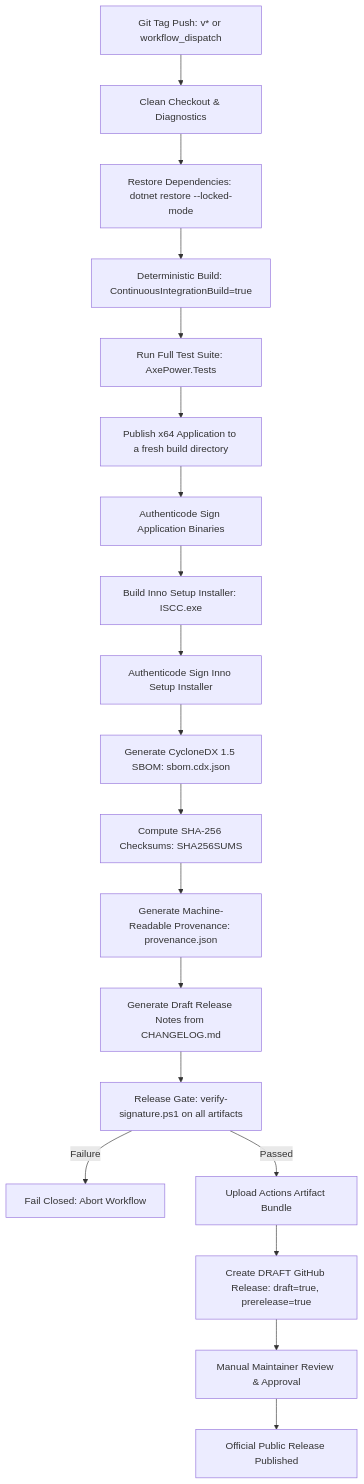
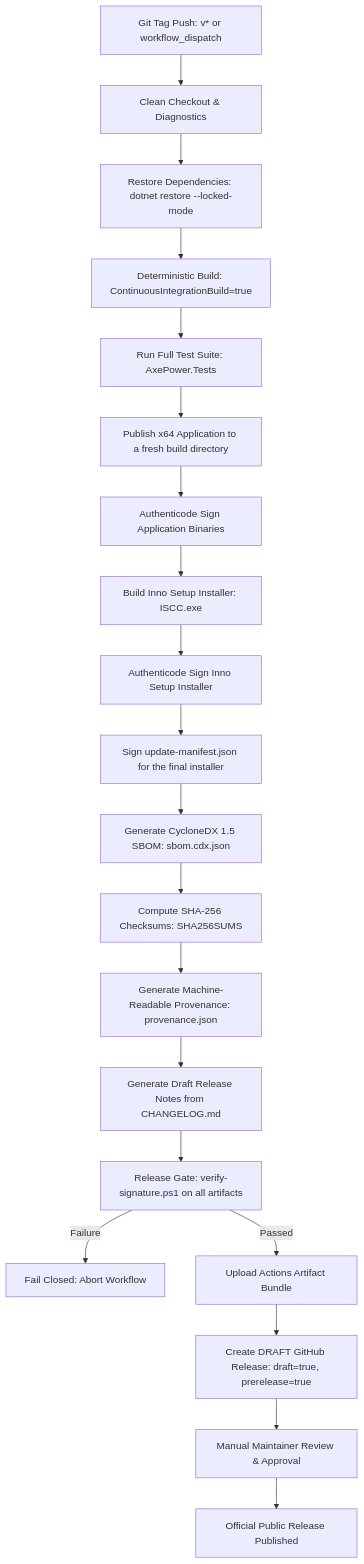
Before and after one commit to mrAbhimanyuVishwakarma/AxePower: the diagram in docs/engineering/RELEASE_PIPELINE.md, drawn with Mermaid. The commit also changed other lines of this file and 62 other files, not shown here.

````diff
--- a/docs/engineering/RELEASE_PIPELINE.md
+++ b/docs/engineering/RELEASE_PIPELINE.md
@@ -17,21 +17,22 @@
 ```mermaid
 graph TD
     A[Git Tag Push: v* or workflow_dispatch] --> B[Clean Checkout & Diagnostics]
     B --> C[Restore Dependencies: dotnet restore --locked-mode]
     C --> D[Deterministic Build: ContinuousIntegrationBuild=true]
     D --> E[Run Full Test Suite: AxePower.Tests]
     E --> F[Publish x64 Application to a fresh build directory]
     F --> G[Authenticode Sign Application Binaries]
     G --> H[Build Inno Setup Installer: ISCC.exe]
     H --> I[Authenticode Sign Inno Setup Installer]
-    I --> J[Generate CycloneDX 1.5 SBOM: sbom.cdx.json]
+    I --> W[Sign update-manifest.json for the final installer]
+    W --> J[Generate CycloneDX 1.5 SBOM: sbom.cdx.json]
     J --> K[Compute SHA-256 Checksums: SHA256SUMS]
     K --> L[Generate Machine-Readable Provenance: provenance.json]
     L --> M[Generate Draft Release Notes from CHANGELOG.md]
     M --> N[Release Gate: verify-signature.ps1 on all artifacts]
     N -->|Failure| X[Fail Closed: Abort Workflow]
     N -->|Passed| O[Upload Actions Artifact Bundle]
     O --> P[Create DRAFT GitHub Release: draft=true, prerelease=true]
     P --> Q[Manual Maintainer Review & Approval]
     Q --> R[Official Public Release Published]
 ```
````
